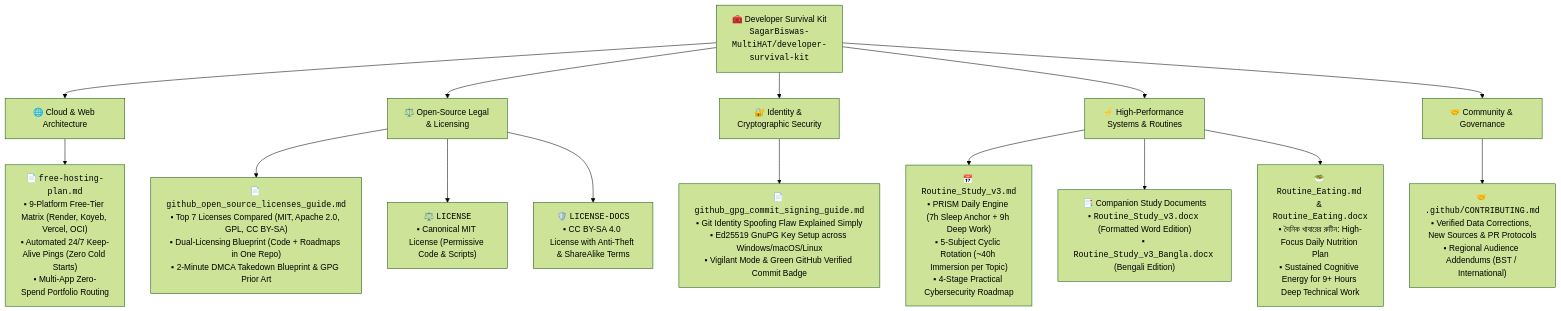
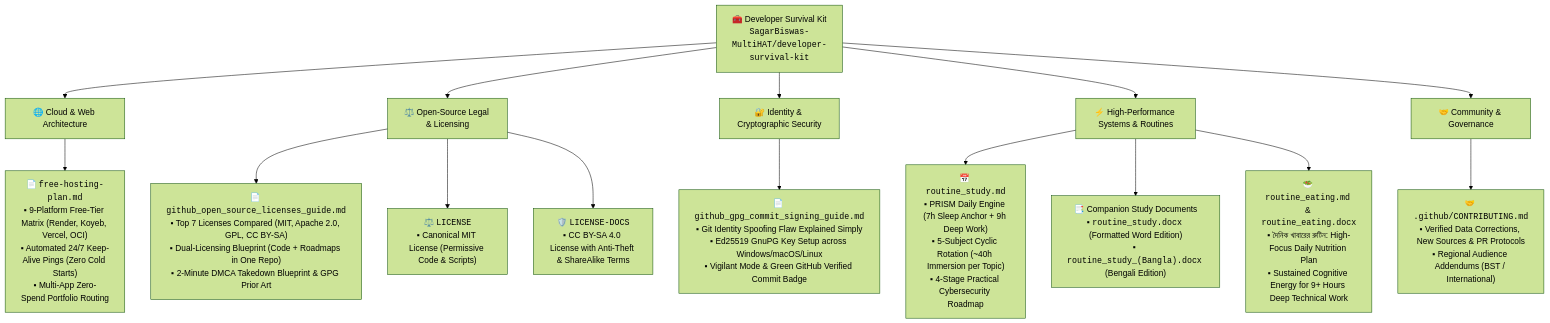
The diagram in README.md (SagarBiswas-MultiHAT/developer-survival-kit), drawn with Mermaid (forest theme) before and after one commit. The commit also changed other lines of this file and 5 other files, not shown here.

````diff
--- a/README.md
+++ b/README.md
@@ -92,30 +92,30 @@
 ```mermaid
 %%{init: {'flowchart': {'wrappingWidth': 170}}}%%
 flowchart TD
     Vault["🧰 Developer Survival Kit<br/><code>SagarBiswas-MultiHAT/developer-survival-kit</code>"]
 
     Vault --> Cloud["🌐 Cloud & Web Architecture"]
     Vault --> Legal["⚖️ Open-Source Legal & Licensing"]
     Vault --> Sec["🔐 Identity & Cryptographic Security"]
     Vault --> Execution["⚡ High-Performance Systems & Routines"]
     Vault --> Gov["🤝 Community & Governance"]
 
     %% Cloud Branch
     Cloud --> F_Hosting["📄 <code>free-hosting-plan.md</code><br/>▪ 9-Platform Free-Tier Matrix (Render, Koyeb, Vercel, OCI)<br/>▪ Automated 24/7 Keep-Alive Pings (Zero Cold Starts)<br/>▪ Multi-App Zero-Spend Portfolio Routing"]
 
     %% Legal Branch
     Legal --> F_LicenseGuide["📄 <code>github_open_source_licenses_guide.md</code><br/>▪ Top 7 Licenses Compared (MIT, Apache 2.0, GPL, CC BY-SA)<br/>▪ Dual-Licensing Blueprint (Code + Roadmaps in One Repo)<br/>▪ 2-Minute DMCA Takedown Blueprint & GPG Prior Art"]
     Legal --> F_MIT["⚖️ <code>LICENSE</code><br/>▪ Canonical MIT License (Permissive Code & Scripts)"]
     Legal --> F_CC["🛡️ <code>LICENSE-DOCS</code><br/>▪ CC BY-SA 4.0 License with Anti-Theft & ShareAlike Terms"]
 
     %% Security Branch
     Sec --> F_GPG["📄 <code>github_gpg_commit_signing_guide.md</code><br/>▪ Git Identity Spoofing Flaw Explained Simply<br/>▪ Ed25519 GnuPG Key Setup across Windows/macOS/Linux<br/>▪ Vigilant Mode & Green GitHub Verified Commit Badge"]
 
     %% Execution Branch
-    Execution --> F_Study["📅 <code>Routine_Study_v3.md</code><br/>▪ PRISM Daily Engine (7h Sleep Anchor + 9h Deep Work)<br/>▪ 5-Subject Cyclic Rotation (~40h Immersion per Topic)<br/>▪ 4-Stage Practical Cybersecurity Roadmap"]
-    Execution --> F_StudyDocs["📑 Companion Study Documents<br/>▪ <code>Routine_Study_v3.docx</code> (Formatted Word Edition)<br/>▪ <code>Routine_Study_v3_Bangla.docx</code> (Bengali Edition)"]
-    Execution --> F_Eating["🥗 <code>Routine_Eating.md</code> & <code>Routine_Eating.docx</code><br/>▪ দৈনিক খাবারের রুটিন: High-Focus Daily Nutrition Plan<br/>▪ Sustained Cognitive Energy for 9+ Hours Deep Technical Work"]
+    Execution --> F_Study["📅 <code>routine_study.md</code><br/>▪ PRISM Daily Engine (7h Sleep Anchor + 9h Deep Work)<br/>▪ 5-Subject Cyclic Rotation (~40h Immersion per Topic)<br/>▪ 4-Stage Practical Cybersecurity Roadmap"]
+    Execution --> F_StudyDocs["📑 Companion Study Documents<br/>▪ <code>routine_study.docx</code> (Formatted Word Edition)<br/>▪ <code>routine_study_(Bangla).docx</code> (Bengali Edition)"]
+    Execution --> F_Eating["🥗 <code>routine_eating.md</code> & <code>routine_eating.docx</code><br/>▪ দৈনিক খাবারের রুটিন: High-Focus Daily Nutrition Plan<br/>▪ Sustained Cognitive Energy for 9+ Hours Deep Technical Work"]
 
     %% Governance Branch
     Gov --> F_Contrib["🤝 <code>.github/CONTRIBUTING.md</code><br/>▪ Verified Data Corrections, New Sources & PR Protocols<br/>▪ Regional Audience Addendums (BST / International)"]
 ```
````
